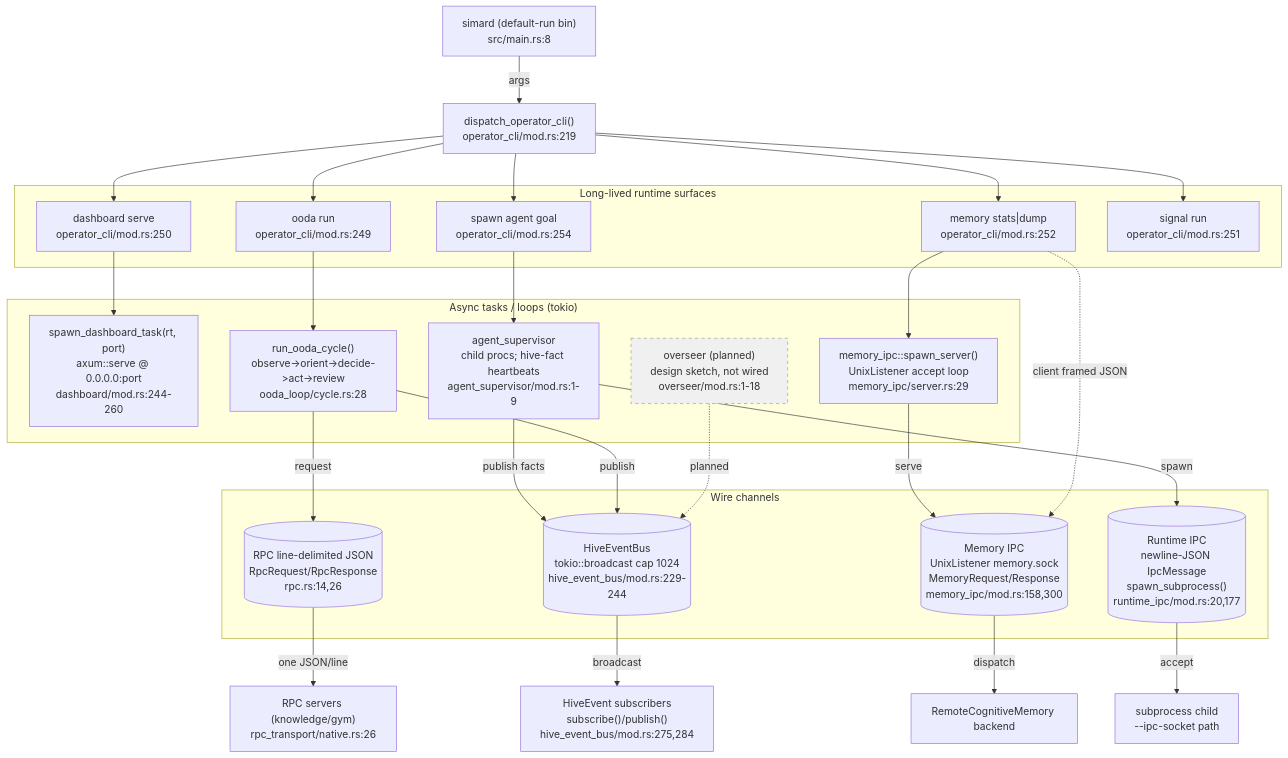
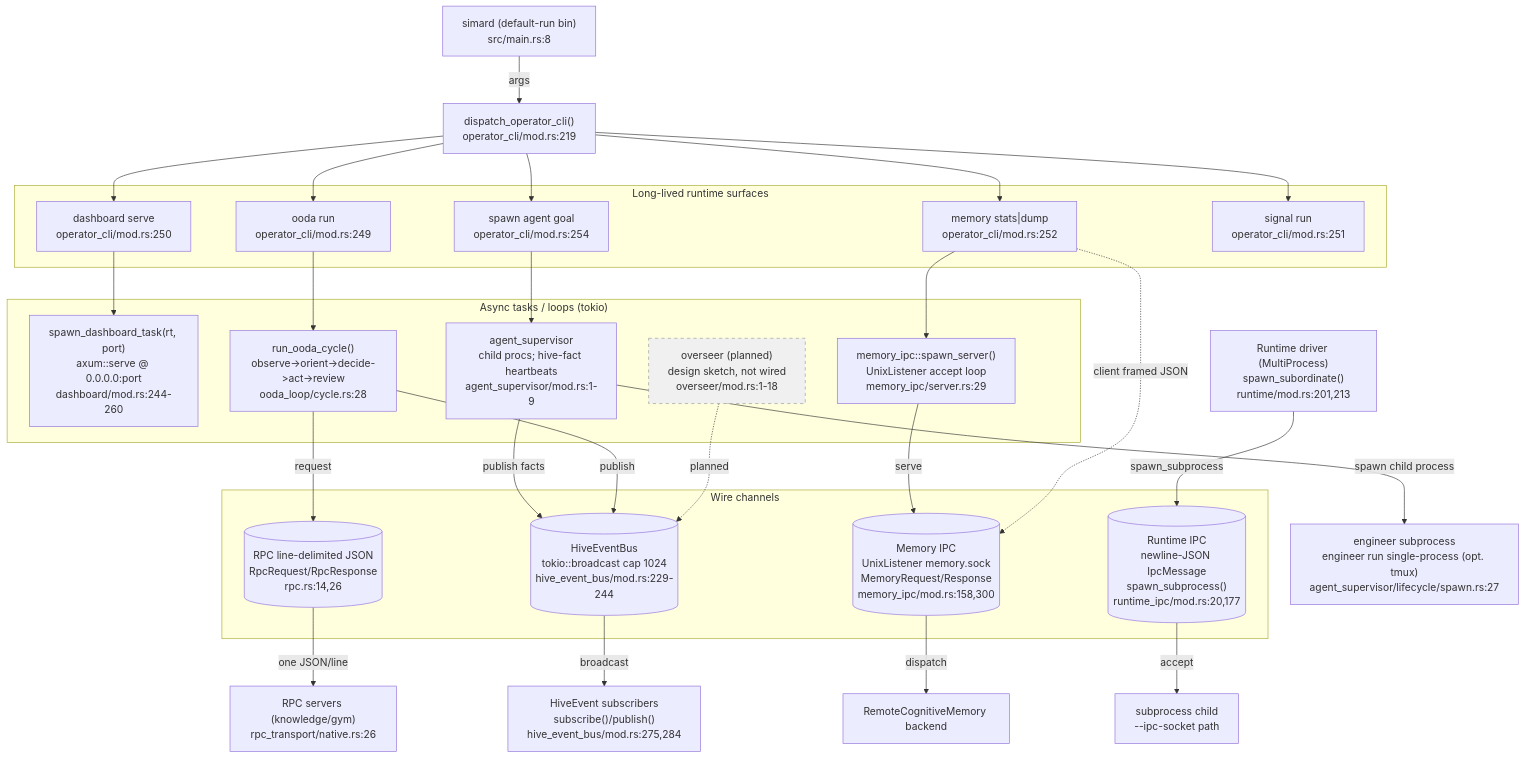
One commit to rysweet/Simard changed the diagram in docs/atlas/runtime-topology/runtime-topology-mermaid.mmd. Above: the diagram before and after it, drawn with Mermaid. The commit also changed 4 other files, not shown here.

First line of the commit message:
fix(atlas): correct runtime-topology spawn edge to match source

```diff
--- a/docs/atlas/runtime-topology/runtime-topology-mermaid.mmd
+++ b/docs/atlas/runtime-topology/runtime-topology-mermaid.mmd
@@ -1,63 +1,66 @@
 %% Code Atlas — Runtime Topology (Mermaid source of truth)
 %% Derived from Rust source; see README.md "Evidence anchors" for file:line.
 %% Render: echo '{"args":["--no-sandbox"]}' > pp.json && mmdc -p pp.json -i runtime-topology-mermaid.mmd -o runtime-topology-mermaid.svg
 flowchart TB
     simard["simard (default-run bin)<br/>src/main.rs:8"]
     dispatch["dispatch_operator_cli()<br/>operator_cli/mod.rs:219"]
     simard -->|args| dispatch
 
     subgraph surfaces["Long-lived runtime surfaces"]
         dashboard["dashboard serve<br/>operator_cli/mod.rs:250"]
         ooda["ooda run<br/>operator_cli/mod.rs:249"]
         memcmd["memory stats|dump<br/>operator_cli/mod.rs:252"]
         spawncmd["spawn agent goal<br/>operator_cli/mod.rs:254"]
         signalcmd["signal run<br/>operator_cli/mod.rs:251"]
     end
     dispatch --> dashboard
     dispatch --> ooda
     dispatch --> memcmd
     dispatch --> spawncmd
     dispatch --> signalcmd
 
     subgraph tasks["Async tasks / loops (tokio)"]
         dash_task["spawn_dashboard_task(rt, port)<br/>axum::serve @ 0.0.0.0:port<br/>dashboard/mod.rs:244-260"]
         ooda_cycle["run_ooda_cycle()<br/>observe->orient->decide->act->review<br/>ooda_loop/cycle.rs:28"]
         mem_accept["memory_ipc::spawn_server()<br/>UnixListener accept loop<br/>memory_ipc/server.rs:29"]
         supervisor["agent_supervisor<br/>child procs; hive-fact heartbeats<br/>agent_supervisor/mod.rs:1-9"]
         overseer["overseer (planned)<br/>design sketch, not wired<br/>overseer/mod.rs:1-18"]
     end
     dashboard --> dash_task
     ooda --> ooda_cycle
     memcmd --> mem_accept
     spawncmd --> supervisor
 
     subgraph channels["Wire channels"]
         mem_sock[("Memory IPC<br/>UnixListener memory.sock<br/>MemoryRequest/Response<br/>memory_ipc/mod.rs:158,300")]
         rt_ipc[("Runtime IPC<br/>newline-JSON IpcMessage<br/>spawn_subprocess()<br/>runtime_ipc/mod.rs:20,177")]
         rpc_ch[("RPC line-delimited JSON<br/>RpcRequest/RpcResponse<br/>rpc.rs:14,26")]
         hive_bus[("HiveEventBus<br/>tokio::broadcast cap 1024<br/>hive_event_bus/mod.rs:229-244")]
     end
 
     rcm["RemoteCognitiveMemory backend"]
+    runtime["Runtime driver (MultiProcess)<br/>spawn_subordinate()<br/>runtime/mod.rs:201,213"]
     child_proc["subprocess child<br/>--ipc-socket path"]
+    eng_child["engineer subprocess<br/>engineer run single-process (opt. tmux)<br/>agent_supervisor/lifecycle/spawn.rs:27"]
     rpc_srv["RPC servers (knowledge/gym)<br/>rpc_transport/native.rs:26"]
     subscribers["HiveEvent subscribers<br/>subscribe()/publish()<br/>hive_event_bus/mod.rs:275,284"]
 
     mem_accept -->|serve| mem_sock
     mem_sock -->|dispatch| rcm
     memcmd -.->|client framed JSON| mem_sock
 
-    supervisor -->|spawn| rt_ipc
+    runtime -->|spawn_subprocess| rt_ipc
+    supervisor -->|spawn child process| eng_child
     rt_ipc -->|accept| child_proc
 
     ooda_cycle -->|request| rpc_ch
     rpc_ch -->|one JSON/line| rpc_srv
 
     supervisor -->|publish facts| hive_bus
     ooda_cycle -->|publish| hive_bus
     hive_bus -->|broadcast| subscribers
 
     overseer -.->|planned| hive_bus
 
     classDef planned stroke-dasharray: 5 5,fill:#f0f0f0,stroke:#999;
     class overseer planned;
```
